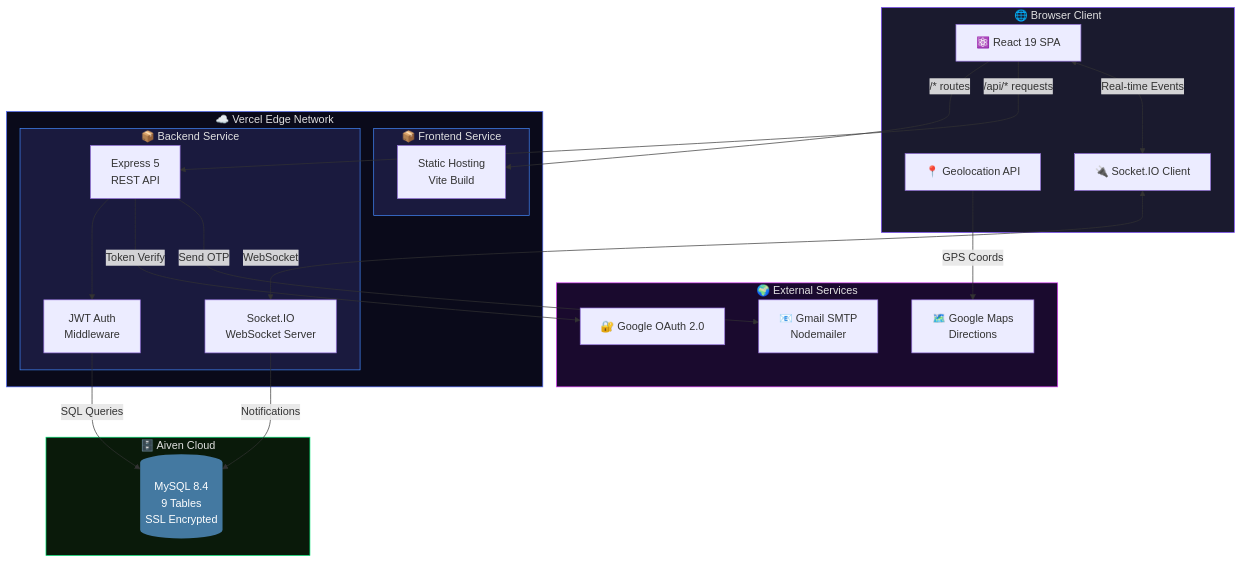
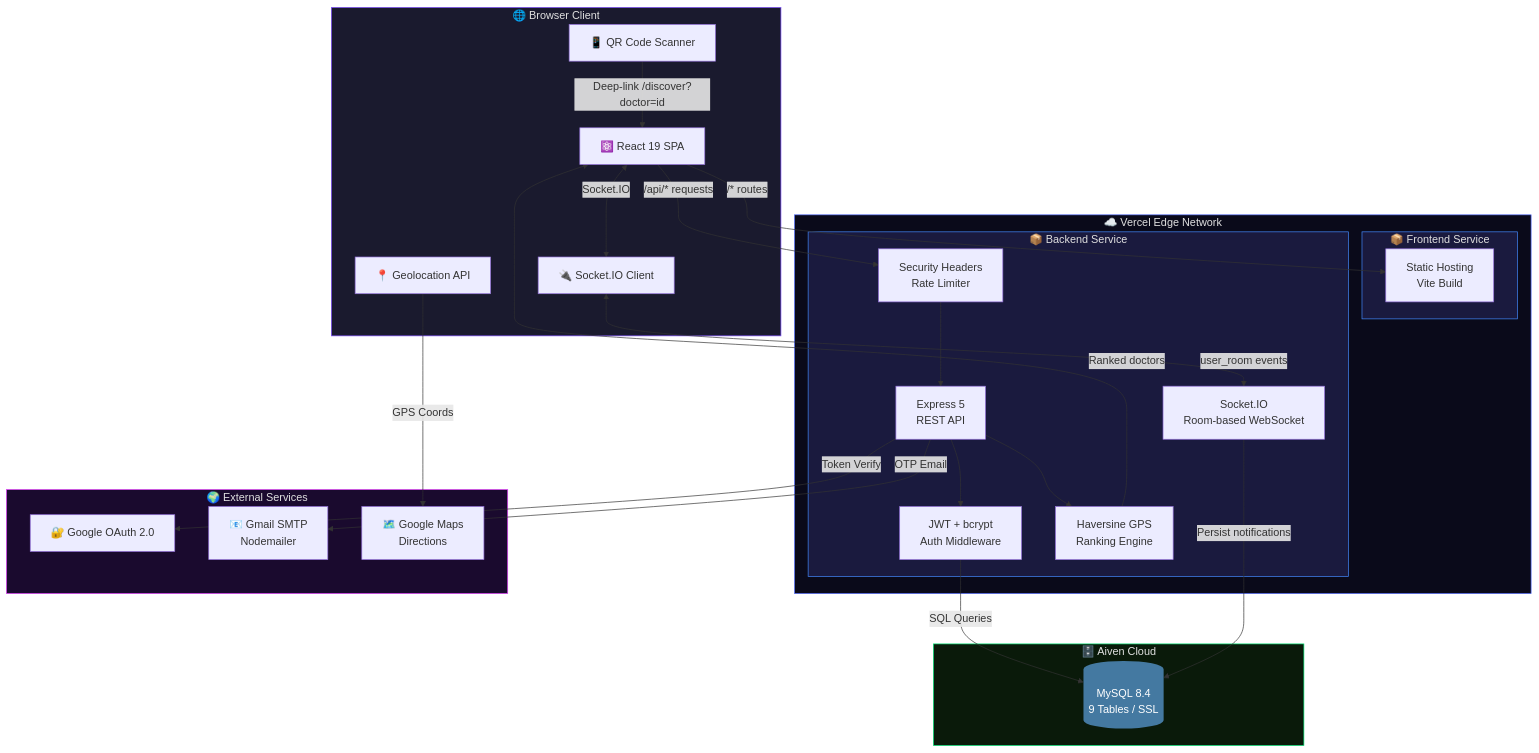
Before and after one commit to manikant1446/MedZoo: the fourth of 6 diagrams in README.md, drawn with Mermaid. The commit also changed other lines of this file, not shown here.

````diff
--- a/README.md
+++ b/README.md
@@ -610,48 +610,55 @@
 ```mermaid
 graph TB
     subgraph CLIENT["🌐 Browser Client"]
         UI["⚛️ React 19 SPA"]
         GEO["📍 Geolocation API"]
         WS_C["🔌 Socket.IO Client"]
+        QR["📱 QR Code Scanner"]
     end
 
     subgraph VERCEL["☁️ Vercel Edge Network"]
         subgraph FRONTEND["📦 Frontend Service"]
             STATIC["Static Hosting<br/>Vite Build"]
         end
         subgraph BACKEND["📦 Backend Service"]
             API["Express 5<br/>REST API"]
-            WS_S["Socket.IO<br/>WebSocket Server"]
-            AUTH_MW["JWT Auth<br/>Middleware"]
+            WS_S["Socket.IO<br/>Room-based WebSocket"]
+            AUTH_MW["JWT + bcrypt<br/>Auth Middleware"]
+            SEC["Security Headers<br/>Rate Limiter"]
+            GEO_UTIL["Haversine GPS<br/>Ranking Engine"]
         end
     end
 
     subgraph EXTERNAL["🌍 External Services"]
         GOOGLE["🔐 Google OAuth 2.0"]
         GMAIL["📧 Gmail SMTP<br/>Nodemailer"]
         MAPS["🗺️ Google Maps<br/>Directions"]
     end
 
     subgraph DATABASE["🗄️ Aiven Cloud"]
-        MYSQL[("MySQL 8.4<br/>9 Tables<br/>SSL Encrypted")]
+        MYSQL[("MySQL 8.4<br/>9 Tables / SSL")]
     end
 
     UI -->|"/* routes"| STATIC
-    UI -->|"/api/* requests"| API
-    UI <-->|"Real-time Events"| WS_C
-    WS_C <-->|"WebSocket"| WS_S
+    UI -->|"/api/* requests"| SEC
+    SEC --> API
     API --> AUTH_MW
     AUTH_MW -->|"SQL Queries"| MYSQL
+    API --> GEO_UTIL
+    GEO_UTIL -->|"Ranked doctors"| UI
+    UI <-->|"Socket.IO"| WS_C
+    WS_C <-->|"user_room events"| WS_S
+    WS_S -->|"Persist notifications"| MYSQL
     API -->|"Token Verify"| GOOGLE
-    API -->|"Send OTP"| GMAIL
+    API -->|"OTP Email"| GMAIL
     GEO -->|"GPS Coords"| MAPS
-    WS_S -->|"Notifications"| MYSQL
+    QR -->|"Deep-link /discover?doctor=id"| UI
 
     style CLIENT fill:#1a1a2e,color:#e0e0e0,stroke:#7C4DFF
     style VERCEL fill:#0a0a1a,color:#e0e0e0,stroke:#536DFE
     style FRONTEND fill:#1a1a3e,color:#e0e0e0,stroke:#448AFF
     style BACKEND fill:#1a1a3e,color:#e0e0e0,stroke:#448AFF
     style EXTERNAL fill:#1a0a2e,color:#e0e0e0,stroke:#E040FB
     style DATABASE fill:#0a1a0a,color:#e0e0e0,stroke:#00E676
     style MYSQL fill:#4479A1,color:#fff,stroke:none
 ```
````
